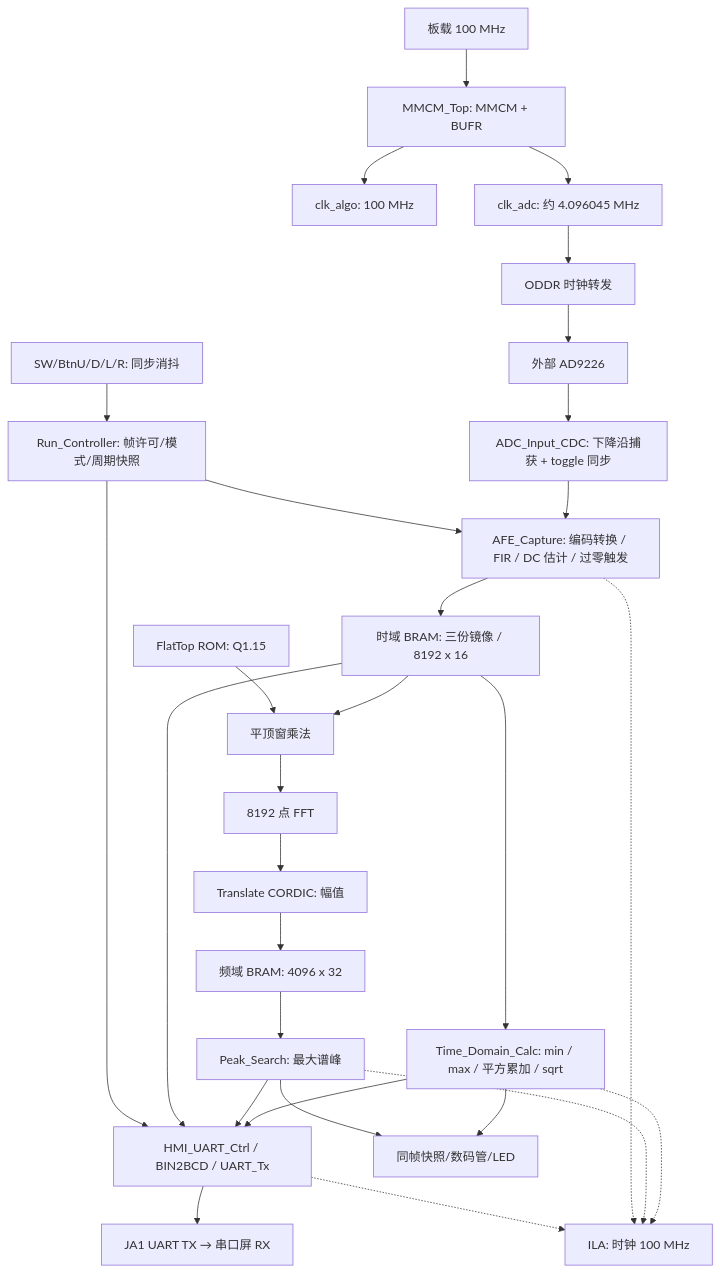
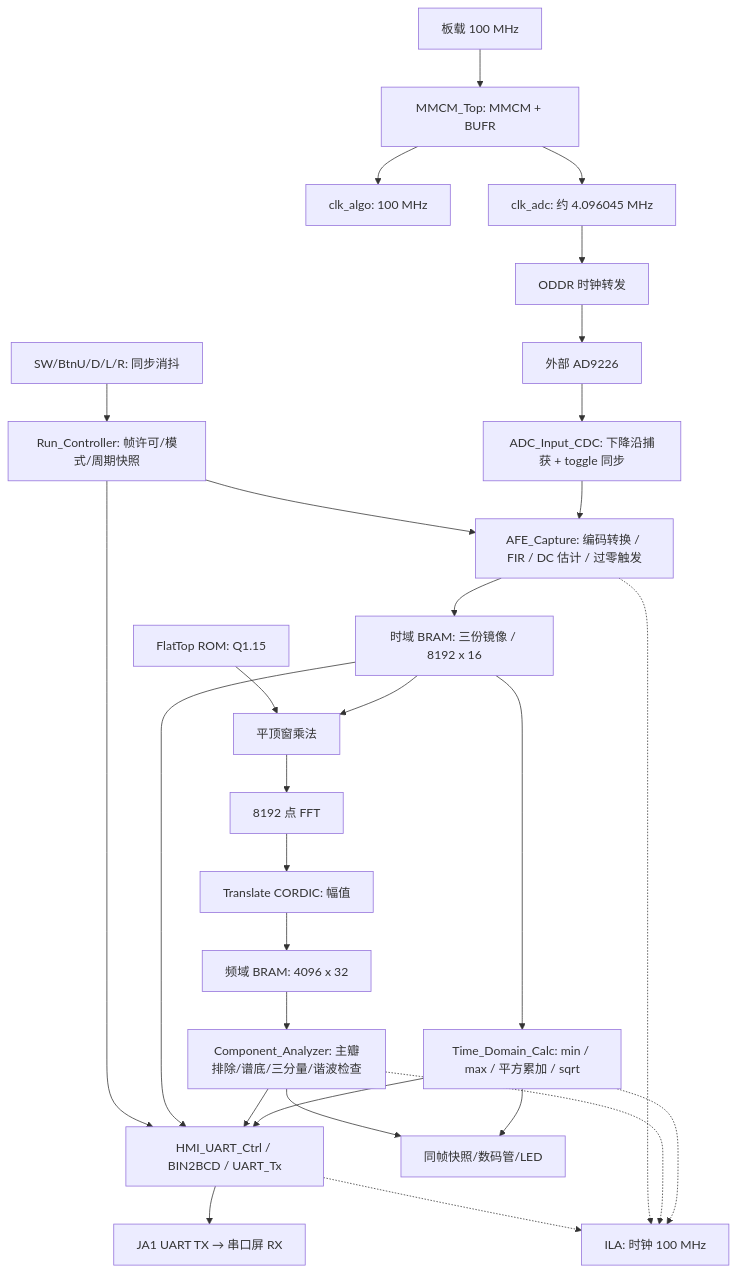
The diagram in README.md (lyk82468246/NUEDC-2026-G-Artix7-Basys3), drawn with Mermaid before and after one commit. The commit also changed other lines of this file and 29 other files, not shown here.

````diff
--- a/README.md
+++ b/README.md
@@ -54,31 +54,31 @@
 ```mermaid
 flowchart TD
     OSC[板载 100 MHz] --> CLK[MMCM_Top: MMCM + BUFR]
     CLK --> ALG[clk_algo: 100 MHz]
     CLK --> ADC_CLK[clk_adc: 约 4.096045 MHz]
     ADC_CLK --> ODDR[ODDR 时钟转发]
     ODDR --> ADC[外部 AD9226]
     ADC --> CDC[ADC_Input_CDC: 下降沿捕获 + toggle 同步]
     CDC --> AFE[AFE_Capture: 编码转换 / FIR / DC 估计 / 过零触发]
     AFE --> TIME[时域 BRAM: 三份镜像 / 8192 x 16]
     TIME --> CALC[Time_Domain_Calc: min / max / 平方累加 / sqrt]
     TIME --> WIN[平顶窗乘法]
     ROM[FlatTop ROM: Q1.15] --> WIN
     WIN --> FFT[8192 点 FFT]
     FFT --> MAG[Translate CORDIC: 幅值]
     MAG --> FREQ[频域 BRAM: 4096 x 32]
-    FREQ --> PEAK[Peak_Search: 最大谱峰]
+    FREQ --> PEAK[Component_Analyzer: 主瓣排除/谱底/三分量/谐波检查]
     CALC --> HMI[HMI_UART_Ctrl / BIN2BCD / UART_Tx]
     PEAK --> HMI
     TIME --> HMI
     BTN[SW/BtnU/D/L/R: 同步消抖] --> RUN[Run_Controller: 帧许可/模式/周期快照]
     RUN --> AFE
     RUN --> HMI
     CALC --> PANEL[同帧快照/数码管/LED]
     PEAK --> PANEL
     HMI --> SCREEN[JA1 UART TX → 串口屏 RX]
     CALC -.-> ILA[ILA: 时钟 100 MHz]
     PEAK -.-> ILA
     AFE -.-> ILA
     HMI -.-> ILA
 ```
````
